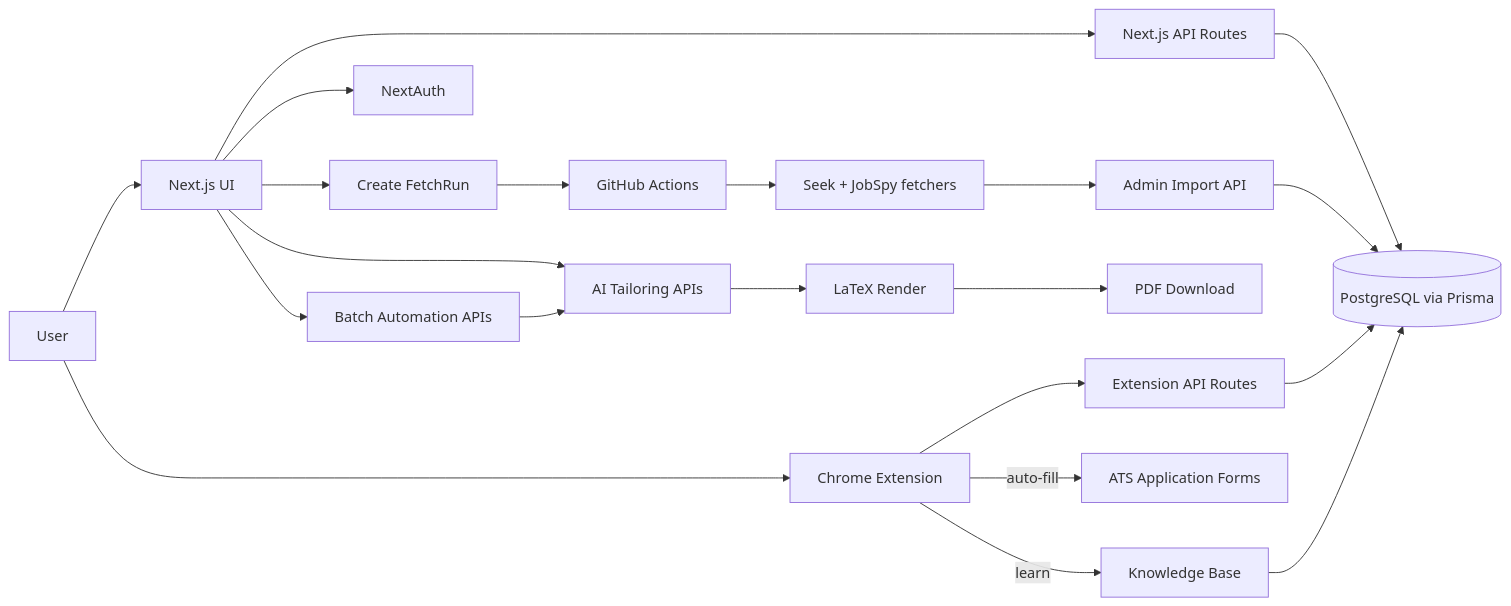
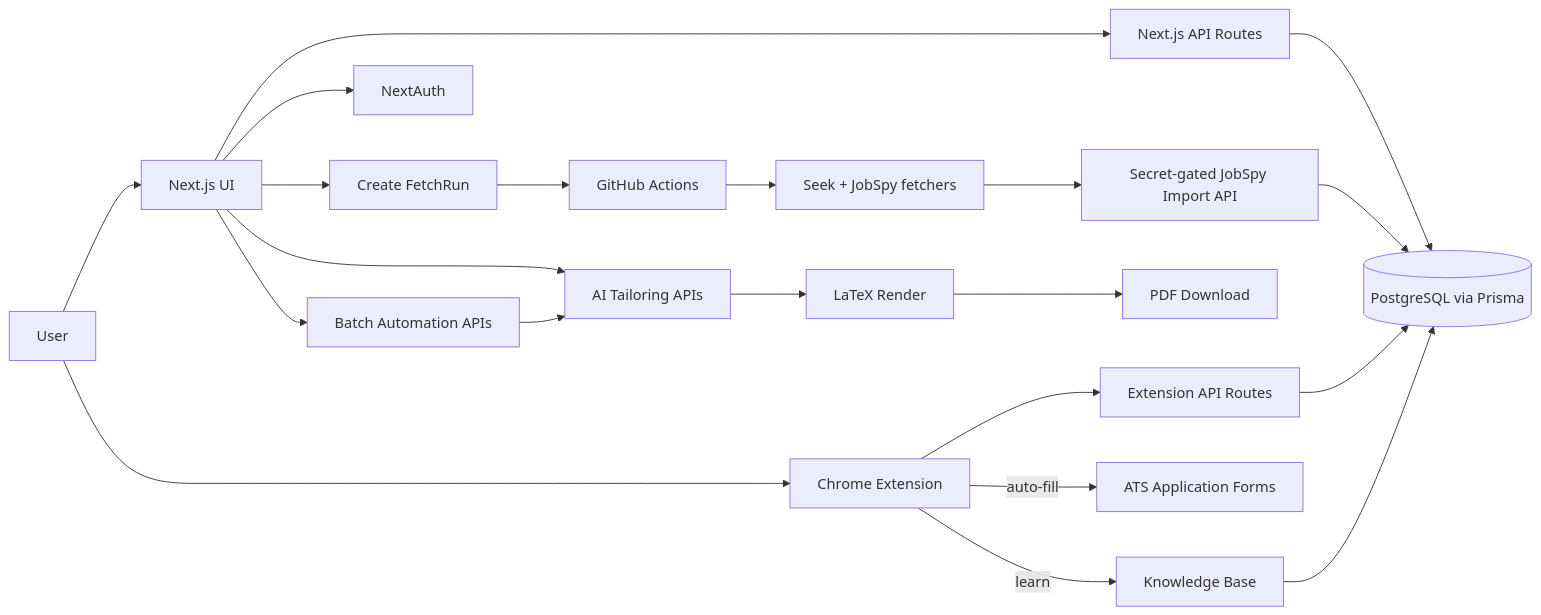
Before and after one commit to ShousenZHANG/joblit: the diagram in README.md, drawn with Mermaid. The commit also changed other lines of this file and 16 other files, not shown here.

````diff
--- a/README.md
+++ b/README.md
@@ -153,28 +152,28 @@
 ```mermaid
 flowchart LR
   U[User] --> FE[Next.js UI]
   U --> EXT[Chrome Extension]
 
   FE --> API[Next.js API Routes]
   API --> DB[(PostgreSQL via Prisma)]
   FE --> AUTH[NextAuth]
 
   EXT --> EXTAPI[Extension API Routes]
   EXTAPI --> DB
   EXT -->|auto-fill| ATS[ATS Application Forms]
   EXT -->|learn| KB[Knowledge Base]
   KB --> DB
 
   FE --> FR[Create FetchRun]
   FR --> GH[GitHub Actions]
   GH --> PY[Seek + JobSpy fetchers]
-  PY --> IMP[Admin Import API]
+  PY --> IMP[Secret-gated JobSpy Import API]
   IMP --> DB
 
   FE --> AIPATH[AI Tailoring APIs]
   AIPATH --> PDF[LaTeX Render]
   PDF --> DL[PDF Download]
 
   FE --> BATCH[Batch Automation APIs]
   BATCH --> AIPATH
 ```
````
